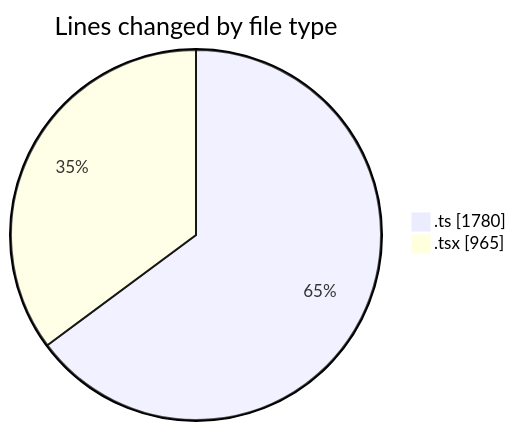
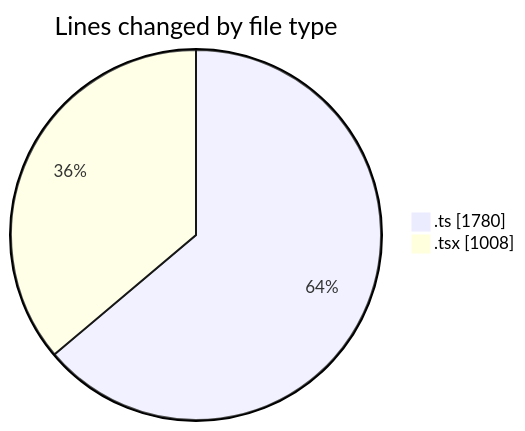
One commit to JenPaints/code-tracking changed the first of 2 diagrams in 2025-06-22/archive/README.md. Above: the diagram before and after it, drawn with Mermaid. The commit also changed other lines of this file and 1 other file, not shown here.

````diff
--- a/2025-06-22/archive/README.md
+++ b/2025-06-22/archive/README.md
@@ -26,6 +26,6 @@
 ```mermaid
 pie showData
 title Lines changed by file type
 ".ts" : 1780
-".tsx" : 965
+".tsx" : 1008
 ```
````
